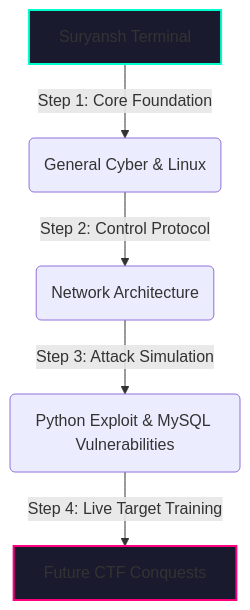
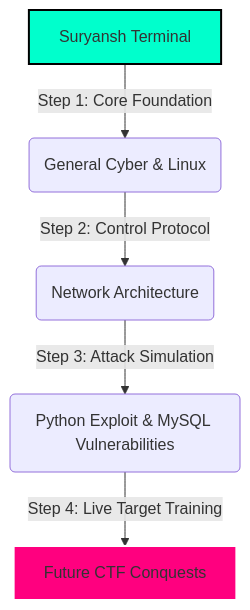
One commit to SuryanshOps/Cybersecurity-portfolio changed the diagram in README.md. Above: the diagram before and after it, drawn with Mermaid.

Commit message:
Initial Profile Setup

````diff
--- a/README.md
+++ b/README.md
@@ -55,9 +55,10 @@
 ```mermaid
 graph TD
     A[Suryansh Terminal] -->|Step 1: Core Foundation| B(General Cyber & Linux)
     B -->|Step 2: Control Protocol| C(Network Architecture)
     C -->|Step 3: Attack Simulation| D(Python Exploit & MySQL Vulnerabilities)
     D -->|Step 4: Live Target Training| E[Future CTF Conquests]
-    style A fill:#1A1A2E,stroke:#00FFCC,stroke-width:2px;
-    style E fill:#1A1A2E,stroke:#FF007F,stroke-width:2px;
+        style A fill:#00FFCC,stroke:#000,stroke-width:2px;
+    style E fill:#FF007F,stroke:#FFF,stroke-width:2px;
+
 ```
````
